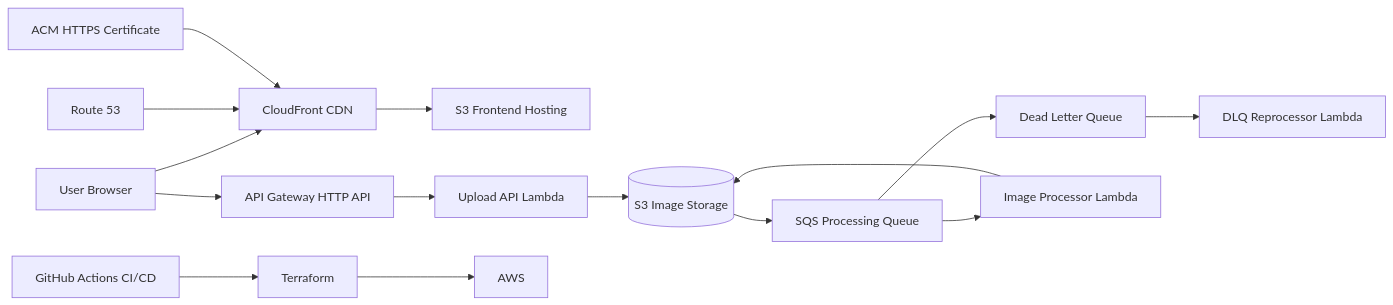
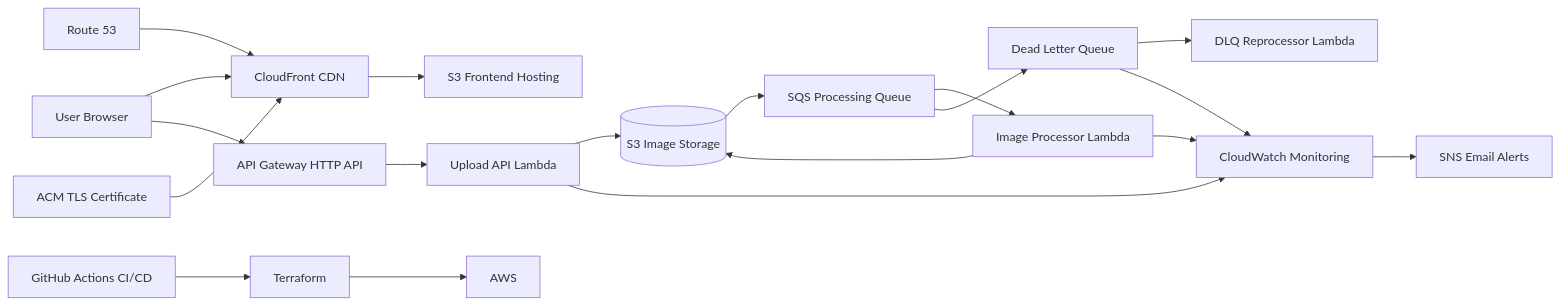
Before and after one commit to PetkoKolev/aws-event-driven-image-processor: the diagram in README.md, drawn with Mermaid. The commit also changed other lines of this file, not shown here.

````diff
--- a/README.md
+++ b/README.md
@@ -32,44 +34,53 @@
 ```mermaid
 flowchart LR
 
-    User[User Browser]
+    USER[User Browser]
 
     CF[CloudFront CDN]
     FE[S3 Frontend Hosting]
 
     APIGW[API Gateway HTTP API]
     API[Upload API Lambda]
 
     S3[(S3 Image Storage)]
 
     SQS[SQS Processing Queue]
     DLQ[Dead Letter Queue]
 
     WORKER[Image Processor Lambda]
     DLQREP[DLQ Reprocessor Lambda]
 
+    CW[CloudWatch Monitoring]
+    SNS[SNS Email Alerts]
+
     R53[Route 53]
-    ACM[ACM HTTPS Certificate]
+    ACM[ACM TLS Certificate]
 
     GHA[GitHub Actions CI/CD]
     TF[Terraform]
 
-    User --> CF
+    USER --> CF
     CF --> FE
-    User --> APIGW
+
+    USER --> APIGW
     APIGW --> API
     API --> S3
 
     S3 --> SQS
     SQS --> WORKER
     WORKER --> S3
 
     SQS --> DLQ
     DLQ --> DLQREP
 
+    WORKER --> CW
+    API --> CW
+    DLQ --> CW
+    CW --> SNS
+
     R53 --> CF
     ACM --> CF
 
     GHA --> TF
     TF --> AWS
 ```
````
